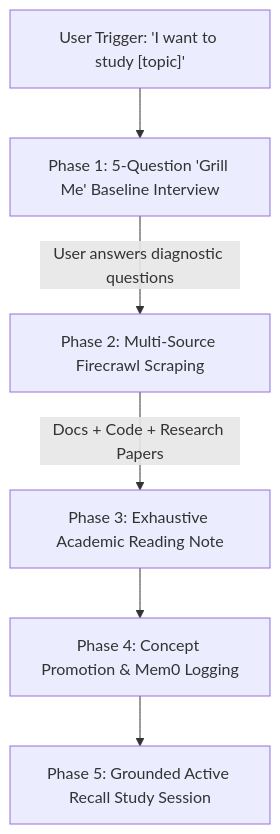
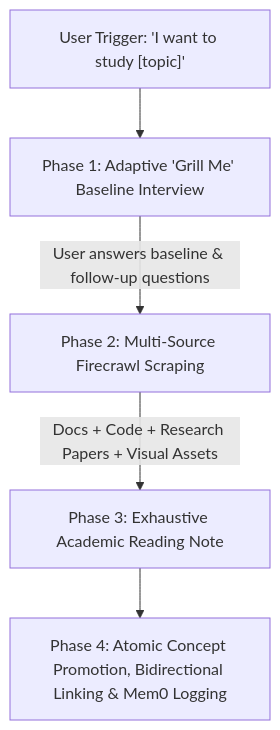
One commit to jempolbagas/My_Knowledge_OS changed the diagram in .agents/skills/study-partner-ingest/SKILL.md. Above: the diagram before and after it, drawn with Mermaid. The commit also changed other lines of this file and 24 other files, not shown here.

````diff
--- a/.agents/skills/study-partner-ingest/SKILL.md
+++ b/.agents/skills/study-partner-ingest/SKILL.md
@@ -22,8 +22,7 @@
 ```mermaid
 flowchart TD
-    A["User Trigger: 'I want to study [topic]'"] --> B["Phase 1: 5-Question 'Grill Me' Baseline Interview"]
-    B -->|User answers diagnostic questions| C["Phase 2: Multi-Source Firecrawl Scraping"]
-    C -->|Docs + Code + Research Papers| D["Phase 3: Exhaustive Academic Reading Note"]
-    D --> E["Phase 4: Concept Promotion & Mem0 Logging"]
-    E --> F["Phase 5: Grounded Active Recall Study Session"]
+    A["User Trigger: 'I want to study [topic]'"] --> B["Phase 1: Adaptive 'Grill Me' Baseline Interview"]
+    B -->|User answers baseline & follow-up questions| C["Phase 2: Multi-Source Firecrawl Scraping"]
+    C -->|Docs + Code + Research Papers + Visual Assets| D["Phase 3: Exhaustive Academic Reading Note"]
+    D --> E["Phase 4: Atomic Concept Promotion, Bidirectional Linking & Mem0 Logging"]
 ```
````
